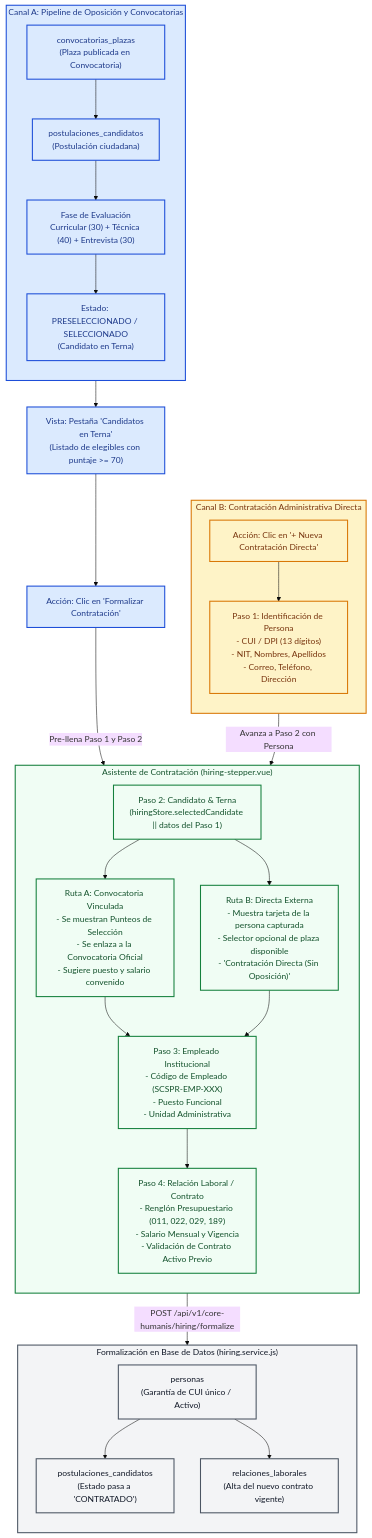
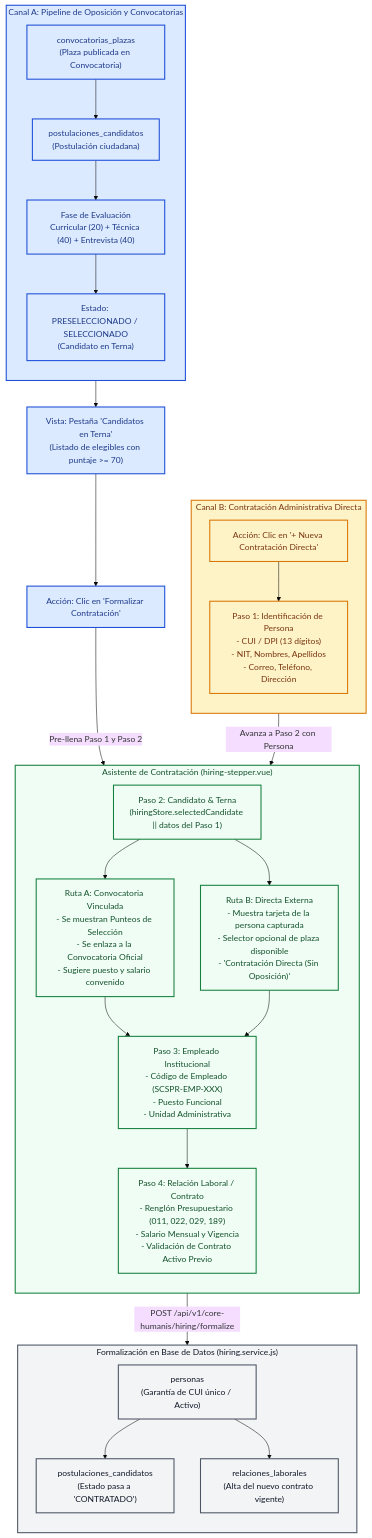
Before and after one commit to bsosaGG/Eco: the first of 3 diagrams in core-humanis-app/docs/flujo_contratacion_y_origen_candidatos.md, drawn with Mermaid (base theme). The commit also changed 1 other file, not shown here.

Commit message:
docs: update evaluation score distribution in hiring workflow doc

````diff
--- a/core-humanis-app/docs/flujo_contratacion_y_origen_candidatos.md
+++ b/core-humanis-app/docs/flujo_contratacion_y_origen_candidatos.md
@@ -24,75 +24,75 @@
 ```mermaid
 flowchart TD
     %% Origen A: Convocatoria por Oposición
     subgraph OrigenA ["Canal A: Pipeline de Oposición y Convocatorias"]
         direction TB
         CP["convocatorias_plazas<br/>(Plaza publicada en Convocatoria)"]
         PC["postulaciones_candidatos<br/>(Postulación ciudadana)"]
-        EVAL["Fase de Evaluación<br/>Curricular (30) + Técnica (40) + Entrevista (30)"]
+        EVAL["Fase de Evaluación<br/>Curricular (20) + Técnica (40) + Entrevista (40)"]
         TERNA["Estado: PRESELECCIONADO / SELECCIONADO<br/>(Candidato en Terna)"]
         
         CP --> PC
         PC --> EVAL
         EVAL --> TERNA
     end
 
     %% Interfaz de Selección
     UI_TERNA["Vista: Pestaña 'Candidatos en Terna'<br/>(Listado de elegibles con puntaje >= 70)"]
     TERNA --> UI_TERNA
 
     BTN_FORMALIZAR["Acción: Clic en 'Formalizar Contratación'"]
     UI_TERNA --> BTN_FORMALIZAR
 
     %% Origen B: Contratación Directa
     subgraph OrigenB ["Canal B: Contratación Administrativa Directa"]
         direction TB
         BTN_DIRECTA["Acción: Clic en '+ Nueva Contratación Directa'"]
         STEP1["Paso 1: Identificación de Persona<br/>- CUI / DPI (13 dígitos)<br/>- NIT, Nombres, Apellidos<br/>- Correo, Teléfono, Dirección"]
         BTN_DIRECTA --> STEP1
     end
 
     %% Confluencia en Paso 2
     subgraph WizardHiring ["Asistente de Contratación (hiring-stepper.vue)"]
         direction TB
         STEP2["Paso 2: Candidato & Terna<br/>(hiringStore.selectedCandidate || datos del Paso 1)"]
         
         OPCION_A["Ruta A: Convocatoria Vinculada<br/>- Se muestran Punteos de Selección<br/>- Se enlaza a la Convocatoria Oficial<br/>- Sugiere puesto y salario convenido"]
         OPCION_B["Ruta B: Directa Externa<br/>- Muestra tarjeta de la persona capturada<br/>- Selector opcional de plaza disponible<br/>- 'Contratación Directa (Sin Oposición)'"]
         
         STEP2 --> OPCION_A
         STEP2 --> OPCION_B
         
         STEP3["Paso 3: Empleado Institucional<br/>- Código de Empleado (SCSPR-EMP-XXX)<br/>- Puesto Funcional<br/>- Unidad Administrativa"]
         
         STEP4["Paso 4: Relación Laboral / Contrato<br/>- Renglón Presupuestario (011, 022, 029, 189)<br/>- Salario Mensual y Vigencia<br/>- Validación de Contrato Activo Previo"]
         
         OPCION_A --> STEP3
         OPCION_B --> STEP3
         STEP3 --> STEP4
     end
 
     BTN_FORMALIZAR -->|"Pre-llena Paso 1 y Paso 2"| STEP2
     STEP1 -->|"Avanza a Paso 2 con Persona"| STEP2
 
     %% Backend y Base de Datos
     subgraph Persistencia ["Formalización en Base de Datos (hiring.service.js)"]
         direction TB
         DB_PERSONA["personas<br/>(Garantía de CUI único / Activo)"]
         DB_POSTULACION["postulaciones_candidatos<br/>(Estado pasa a 'CONTRATADO')"]
         DB_CONTRATO["relaciones_laborales<br/>(Alta del nuevo contrato vigente)"]
         
         STEP4 -->|"POST /api/v1/core-humanis/hiring/formalize"| DB_PERSONA
         DB_PERSONA --> DB_POSTULACION
         DB_PERSONA --> DB_CONTRATO
     end
 
     classDef canalA fill:#dbeafe,stroke:#1d4ed8,stroke-width:2px,color:#1e3a8a;
     classDef canalB fill:#fef3c7,stroke:#d97706,stroke-width:2px,color:#78350f;
     classDef wizard fill:#f0fdf4,stroke:#15803d,stroke-width:2px,color:#14532d;
     classDef db fill:#f3f4f6,stroke:#4b5563,stroke-width:2px,color:#111827;
 
     class OrigenA,CP,PC,EVAL,TERNA,UI_TERNA,BTN_FORMALIZAR canalA;
     class OrigenB,BTN_DIRECTA,STEP1 canalB;
     class WizardHiring,STEP2,OPCION_A,OPCION_B,STEP3,STEP4 wizard;
     class Persistencia,DB_PERSONA,DB_POSTULACION,DB_CONTRATO db;
 ```
````
